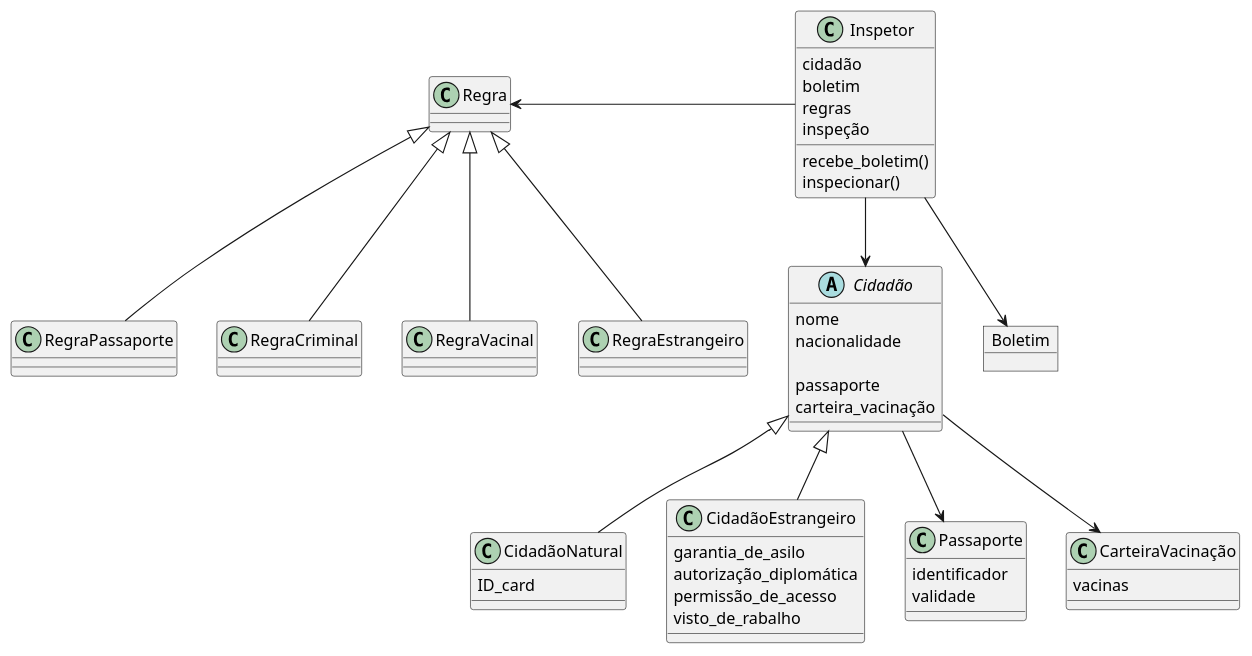
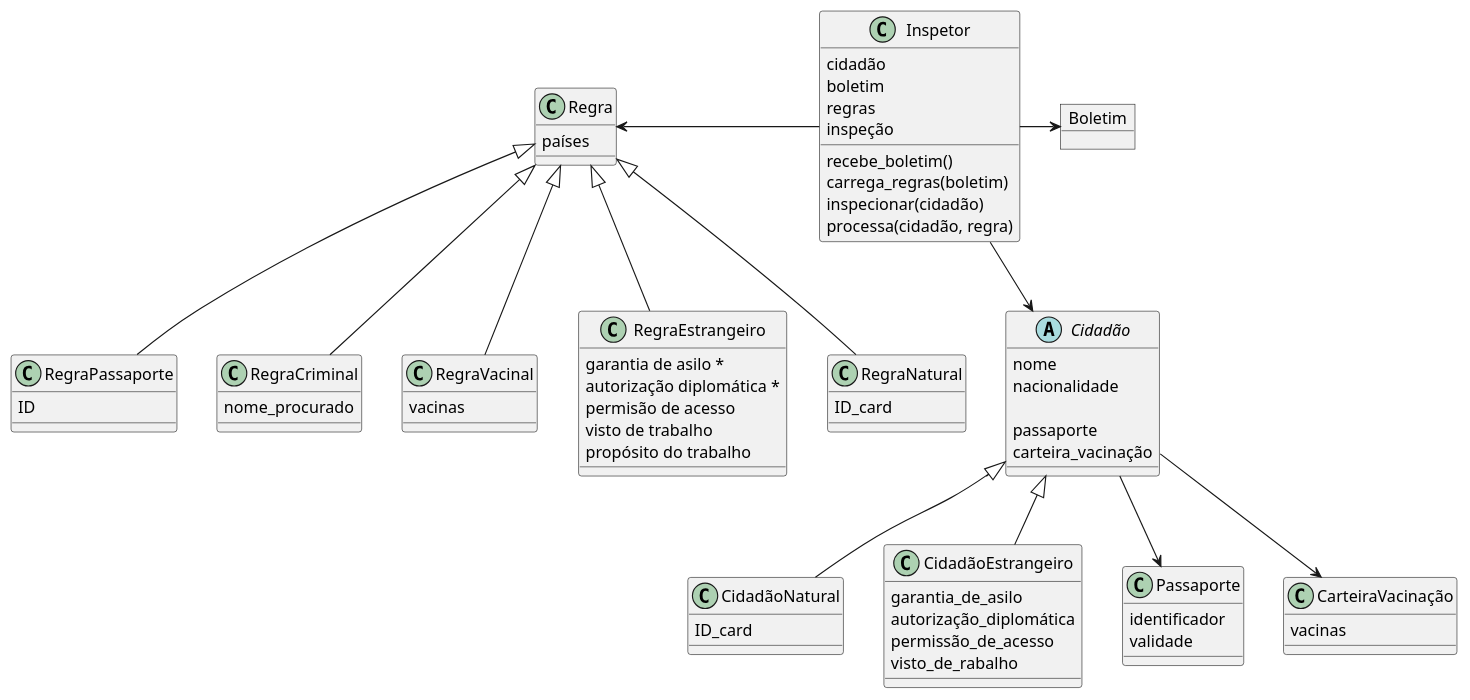
The diagram in scketch.pu (ralphribeiro/papers_please), drawn with PlantUML before and after one commit.

```diff
--- a/scketch.pu
+++ b/scketch.pu
@@ -1,66 +1,88 @@
 @startuml
 
 abstract Cidadão{
     nome
     nacionalidade
 
     passaporte
     carteira_vacinação
 }
 
 class CidadãoNatural{
     ID_card
 }
 
 class CidadãoEstrangeiro{
     garantia_de_asilo
     autorização_diplomática
     permissão_de_acesso
     visto_de_rabalho
 }
 
 class Passaporte{
     identificador
     validade
 }
 
 object Boletim
 
 class Inspetor{
     cidadão
     boletim
     regras
     inspeção
     recebe_boletim()
-    inspecionar()
+    carrega_regras(boletim)
+    inspecionar(cidadão)
+    processa(cidadão, regra)
+
 }
 
-class Regra
+class Regra{
+    países
+}
 
-class RegraPassaporte
-class RegraCriminal
-class RegraVacinal
-class RegraEstrangeiro
+
+class RegraPassaporte{
+    ID    
+}
+class RegraCriminal{
+    nome_procurado
+}
+class RegraVacinal{
+    vacinas
+}
+class RegraEstrangeiro{
+    garantia de asilo *
+    autorização diplomática *
+    permisão de acesso
+    visto de trabalho
+    propósito do trabalho
+}
+class RegraNatural{
+    ID_card
+}
 
 class CarteiraVacinação{
     vacinas
 }
 
 Cidadão <|-- CidadãoEstrangeiro
 Cidadão <|-- CidadãoNatural
 
 Regra <|-- RegraPassaporte
 Regra <|-- RegraCriminal
 Regra <|-- RegraVacinal
 Regra <|-- RegraEstrangeiro
+Regra <|-- RegraNatural
 
 Regra <- Inspetor
 
-Inspetor --> Boletim
+Inspetor -> Boletim
 Inspetor --> Cidadão
 
 Cidadão --> Passaporte
 Cidadão --> CarteiraVacinação
 
 
 @enduml
```
